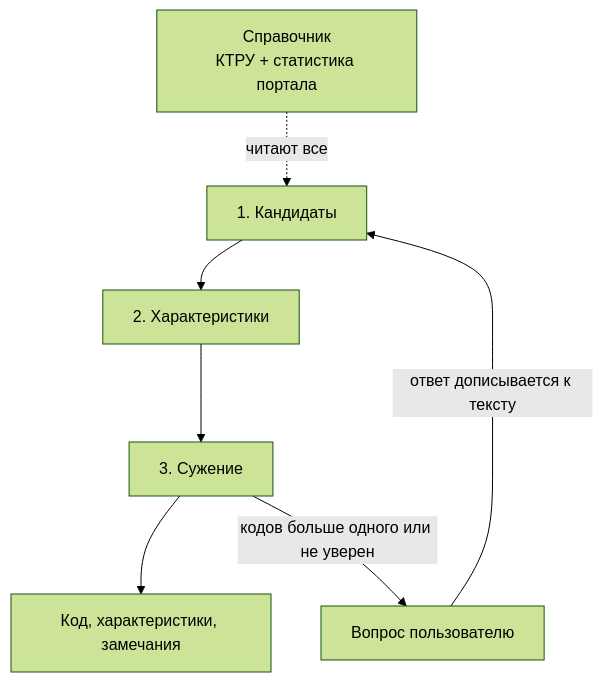
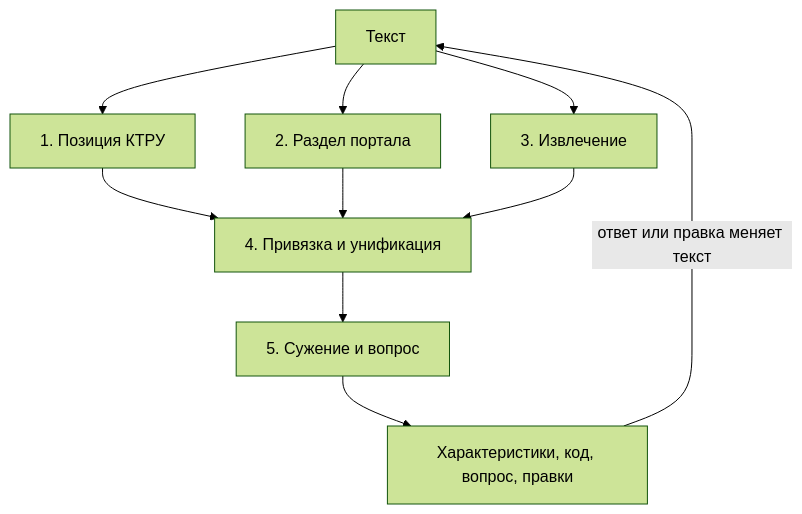
One commit to MrDragar/TenderHack2026 changed the diagram in docs/architecture.md. Above: the diagram before and after it, drawn with Mermaid (forest theme). The commit also changed other lines of this file and 21 other files, not shown here.

````diff
--- a/docs/architecture.md
+++ b/docs/architecture.md
@@ -47,14 +72,14 @@
 ```mermaid
 flowchart TD
-    R["Справочник<br/>КТРУ + статистика портала"]
-    S1["1. Кандидаты"]
-    S2["2. Характеристики"]
-    S3["3. Сужение"]
-    OUT["Код, характеристики, замечания"]
-    ASK["Вопрос пользователю"]
+    T["Текст"]
+    S1["1. Позиция КТРУ"]
+    S2["2. Раздел портала"]
+    S3["3. Извлечение"]
+    S4["4. Привязка и унификация"]
+    S5["5. Сужение и вопрос"]
+    OUT["Характеристики, код, вопрос, правки"]
 
-    R -. читают все .-> S1
-    S1 --> S2 --> S3 --> OUT
-    S3 -->|кодов больше одного или не уверен| ASK
-    ASK -->|ответ дописывается к тексту| S1
+    T --> S1 & S2 & S3
+    S1 & S2 & S3 --> S4 --> S5 --> OUT
+    OUT -->|ответ или правка меняет текст| T
 ```
````
